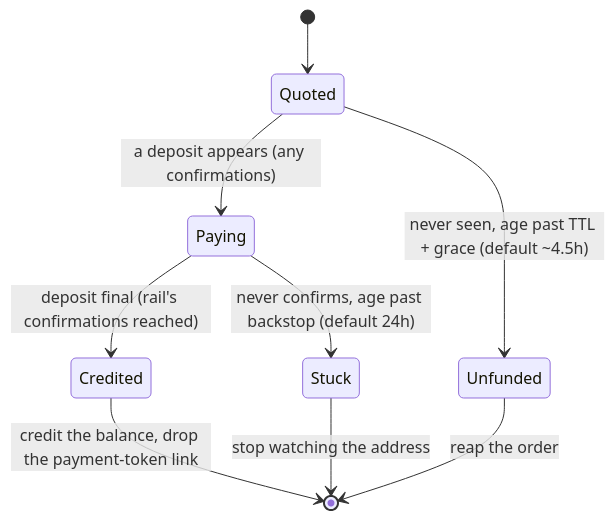
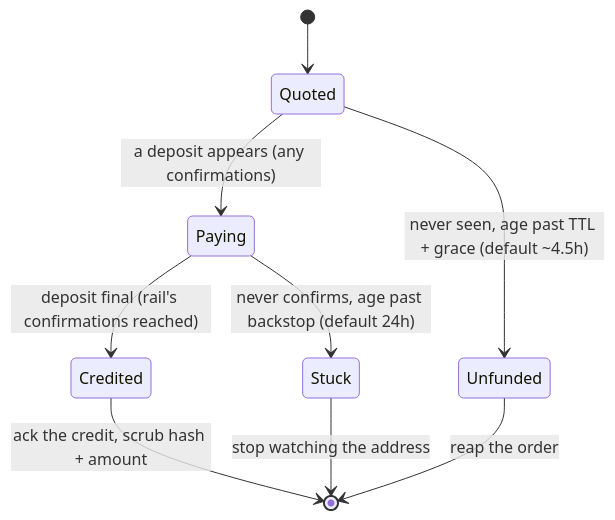
The first of 2 diagrams in docs/billing-model.md (nullsink/nullsink), drawn with Mermaid before and after one commit. The commit also changed other lines of this file and 20 other files, not shown here.

First line of the commit message:
fix(privacy): scrub delivered credit linkage (#124)

````diff
--- a/docs/billing-model.md
+++ b/docs/billing-model.md
@@ -79,11 +79,11 @@
 ```mermaid
 stateDiagram-v2
     [*] --> Quoted
     Quoted --> Paying: a deposit appears (any confirmations)
     Quoted --> Unfunded: never seen, age past TTL + grace (default ~4.5h)
     Paying --> Credited: deposit final (rail's confirmations reached)
     Paying --> Stuck: never confirms, age past backstop (default 24h)
-    Credited --> [*]: credit the balance, drop the payment-token link
+    Credited --> [*]: ack the credit, scrub hash + amount
     Unfunded --> [*]: reap the order
     Stuck --> [*]: stop watching the address
 ```
````
